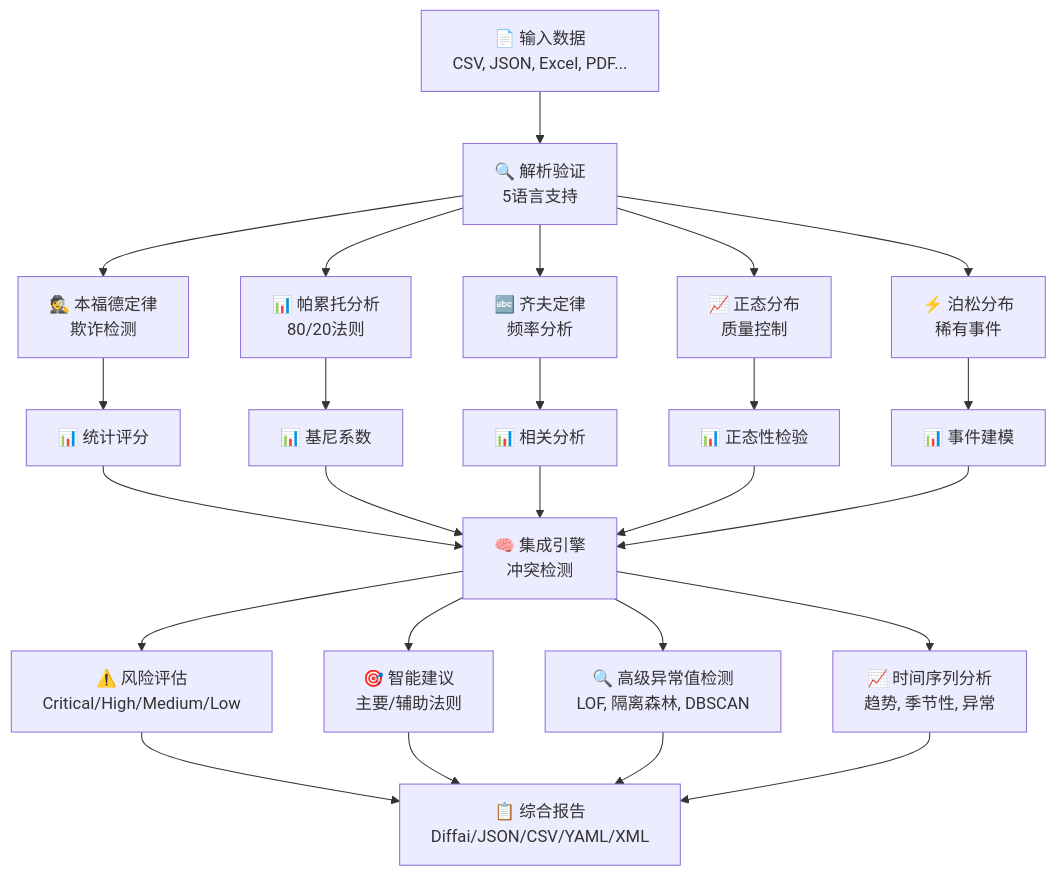
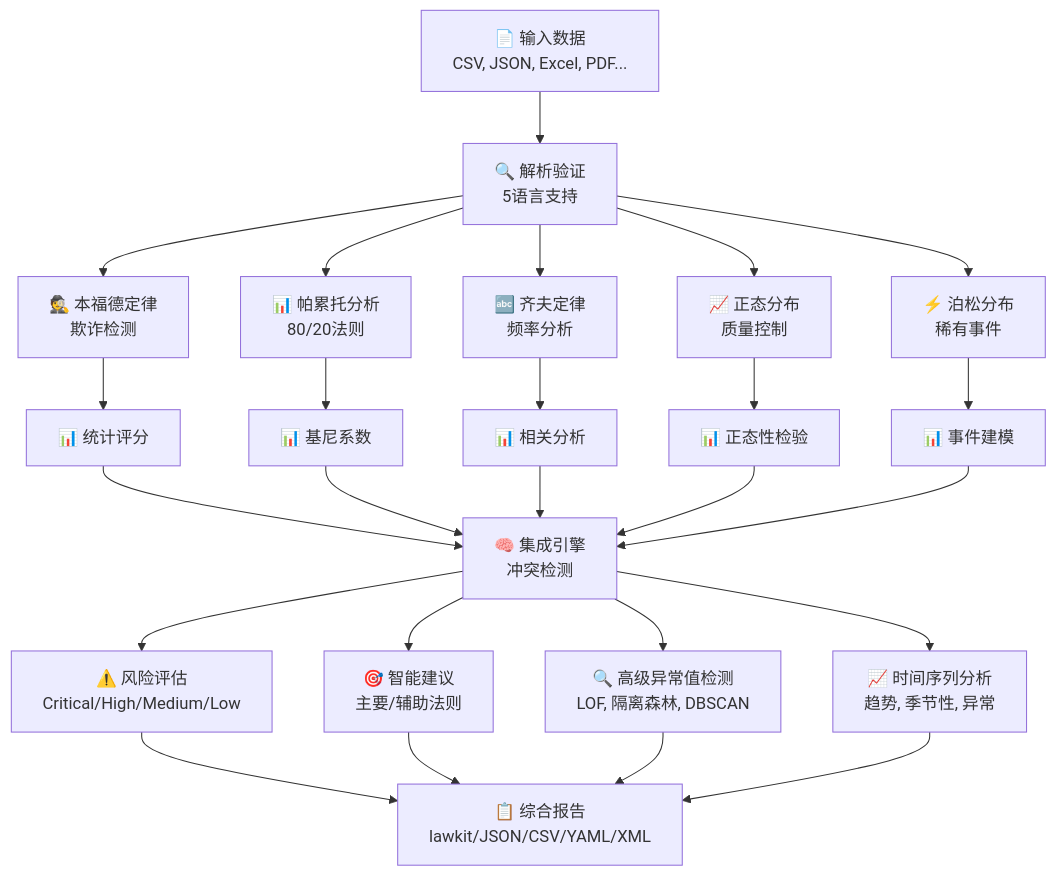
Before and after one commit to kako-jun/lawkit: the first of 2 diagrams in README_zh.md, drawn with Mermaid. The commit also changed other lines of this file and 2 other files, not shown here.

````diff
--- a/README_zh.md
+++ b/README_zh.md
@@ -91,32 +91,32 @@
 ```mermaid
 graph TB
     A[📄 输入数据<br/>CSV, JSON, Excel, PDF...] --> B[🔍 解析验证<br/>5语言支持]
     
     B --> C1[🕵️ 本福德定律<br/>欺诈检测]
     B --> C2[📊 帕累托分析<br/>80/20法则]
     B --> C3[🔤 齐夫定律<br/>频率分析]
     B --> C4[📈 正态分布<br/>质量控制]
     B --> C5[⚡ 泊松分布<br/>稀有事件]
     
     C1 --> D1[📊 统计评分]
     C2 --> D2[📊 基尼系数]
     C3 --> D3[📊 相关分析]
     C4 --> D4[📊 正态性检验]
     C5 --> D5[📊 事件建模]
     
     D1 --> E[🧠 集成引擎<br/>冲突检测]
     D2 --> E
     D3 --> E
     D4 --> E
     D5 --> E
     
     E --> F1[⚠️ 风险评估<br/>Critical/High/Medium/Low]
     E --> F2[🎯 智能建议<br/>主要/辅助法则]
     E --> F3[🔍 高级异常值检测<br/>LOF, 隔离森林, DBSCAN]
     E --> F4[📈 时间序列分析<br/>趋势, 季节性, 异常]
     
-    F1 --> G[📋 综合报告<br/>Diffai/JSON/CSV/YAML/XML]
+    F1 --> G[📋 综合报告<br/>lawkit/JSON/CSV/YAML/XML]
     F2 --> G
     F3 --> G
     F4 --> G
 ```
````
